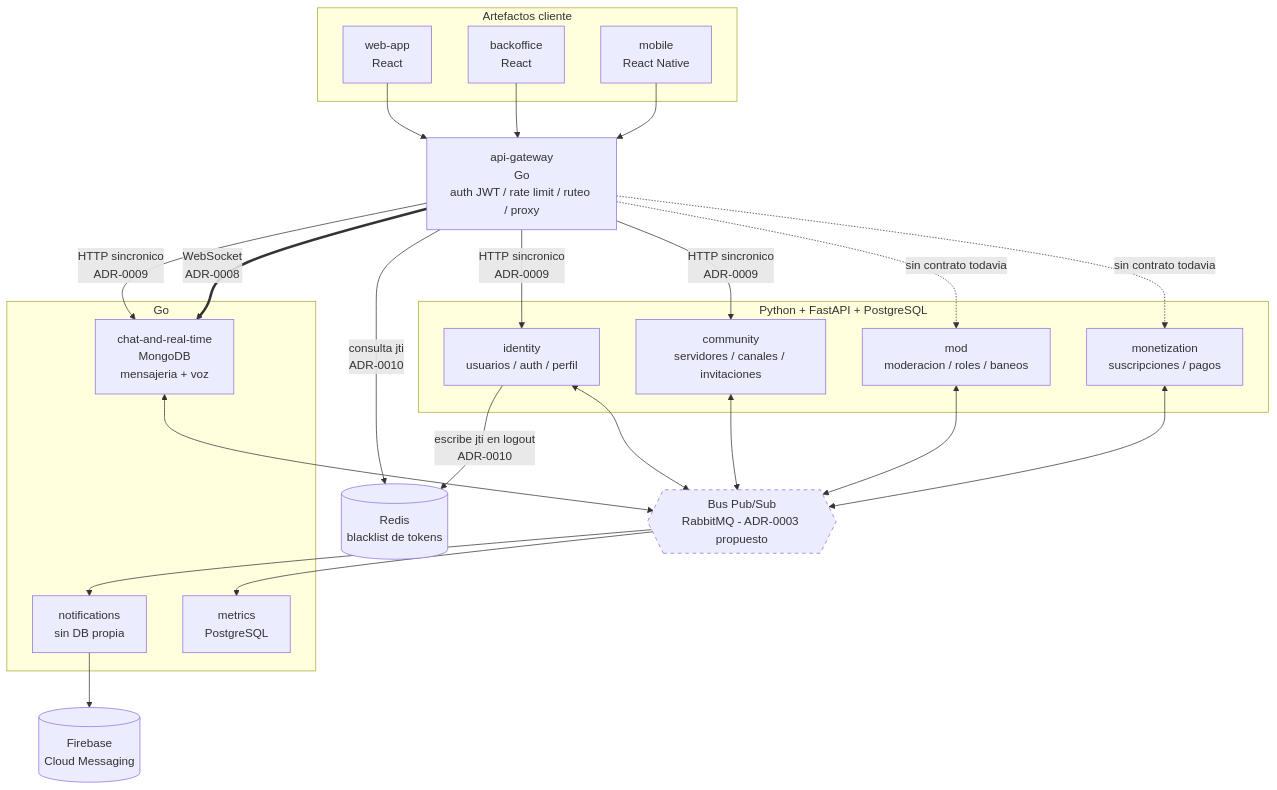
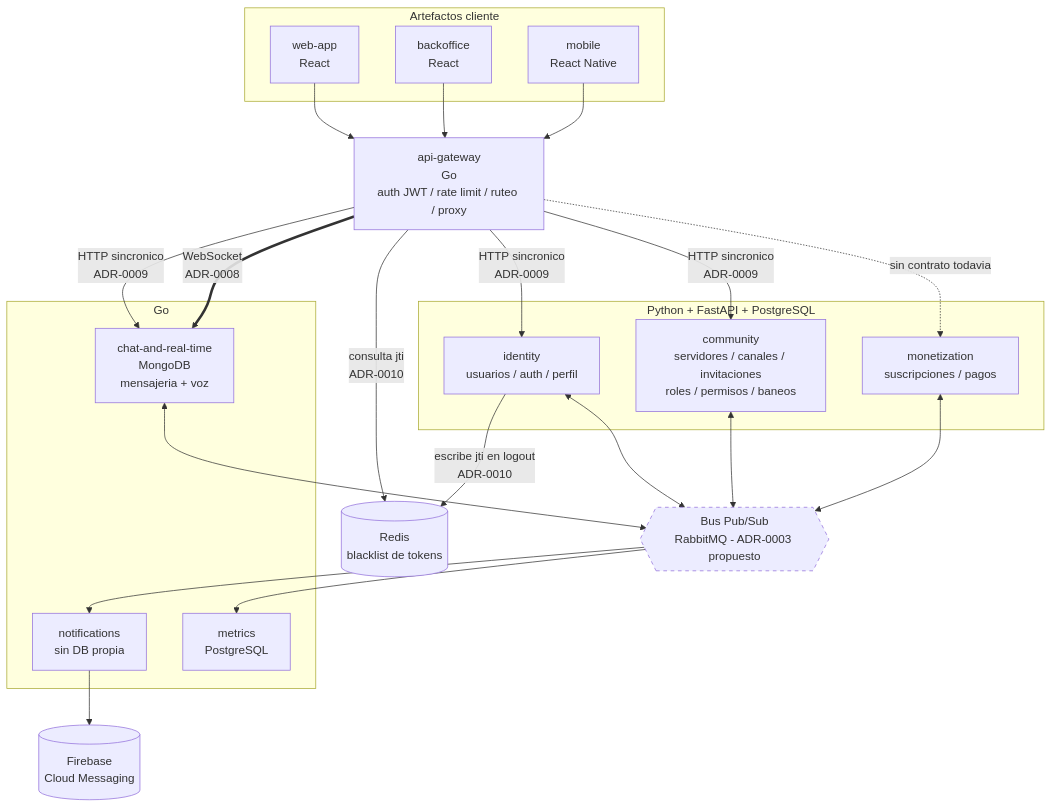
The diagram in arquitectura/arquitectura-discordia.mmd (Discordia-Grupo-16/docs), drawn with Mermaid before and after one commit. The commit also changed 2 other files, not shown here.

Commit message:
docs: sacar el servicio `mod` de la arquitectura
El ADR-0011 decidió no crearlo, así que la documentación deja de
anunciarlo: el ADR-0001 queda marcado como modificado parcialmente y
conserva su tabla original como registro del kickoff, `servicios.md`
mueve roles, permisos y baneos a `community` y la suspensión de cuentas
a `identity`, y el diagrama pierde el nodo y sus dos aristas.

```diff
--- a/arquitectura/arquitectura-discordia.mmd
+++ b/arquitectura/arquitectura-discordia.mmd
@@ -1,63 +1,60 @@
 %% Discordia - Arquitectura de alto nivel
 %% Fuente unica del diagrama. Editar aca, no en una imagen exportada.
 %% Ver: adr/0001, adr/0002, adr/0003, adr/0008, adr/0009, adr/0010
 %% Dos caminos, y no hay que mezclarlos:
 %%   cliente -> gateway -> servicio : HTTP sincronico, el gateway hace de proxy (ADR-0009)
 %%   servicio -> bus -> consumidores: eventos, asincronico, unica via entre servicios
 %% No hay flechas servicio -> servicio: el ADR-0004 rechazo las llamadas sincronicas internas.
 %% El gateway no publica al bus: el evento lo publica el servicio dueno del recurso.
 
 flowchart TB
     subgraph clientes["Artefactos cliente"]
         web["web-app<br/>React"]
         bo["backoffice<br/>React"]
         mob["mobile<br/>React Native"]
     end
 
     gw["api-gateway<br/>Go<br/>auth JWT / rate limit / ruteo / proxy"]
 
     redis[("Redis<br/>blacklist de tokens")]
 
     subgraph python["Python + FastAPI + PostgreSQL"]
         identity["identity<br/>usuarios / auth / perfil"]
-        community["community<br/>servidores / canales / invitaciones"]
-        mod["mod<br/>moderacion / roles / baneos"]
+        community["community<br/>servidores / canales / invitaciones<br/>roles / permisos / baneos"]
         monetization["monetization<br/>suscripciones / pagos"]
     end
 
     subgraph golang["Go"]
         chat["chat-and-real-time<br/>MongoDB<br/>mensajeria + voz"]
         notif["notifications<br/>sin DB propia"]
         metrics["metrics<br/>PostgreSQL"]
     end
 
     bus{{"Bus Pub/Sub<br/>RabbitMQ - ADR-0003 propuesto"}}
 
     fcm[("Firebase<br/>Cloud Messaging")]
 
     web --> gw
     bo --> gw
     mob --> gw
 
     gw -- "HTTP sincronico<br/>ADR-0009" --> identity
     gw -- "HTTP sincronico<br/>ADR-0009" --> community
     gw -- "HTTP sincronico<br/>ADR-0009" --> chat
     gw == "WebSocket<br/>ADR-0008" ==> chat
-    gw -. "sin contrato todavia" .-> mod
     gw -. "sin contrato todavia" .-> monetization
 
     gw -- "consulta jti<br/>ADR-0010" --> redis
     identity -- "escribe jti en logout<br/>ADR-0010" --> redis
 
     identity <--> bus
     community <--> bus
-    mod <--> bus
     monetization <--> bus
     chat <--> bus
     bus --> notif
     bus --> metrics
 
     notif --> fcm
 
     classDef pendiente stroke-dasharray: 5 5
     class bus pendiente
```
